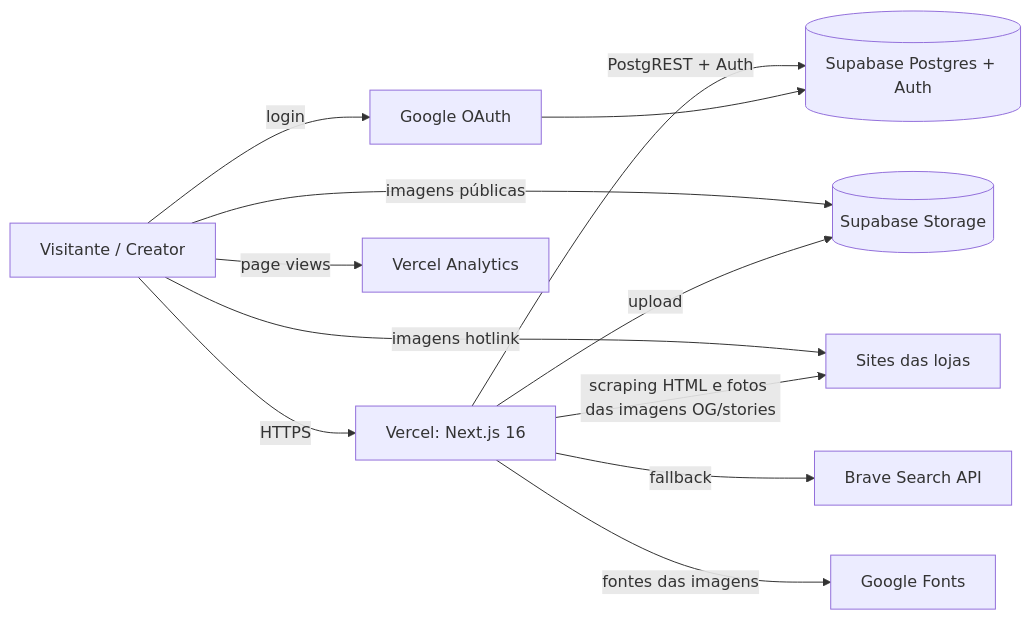
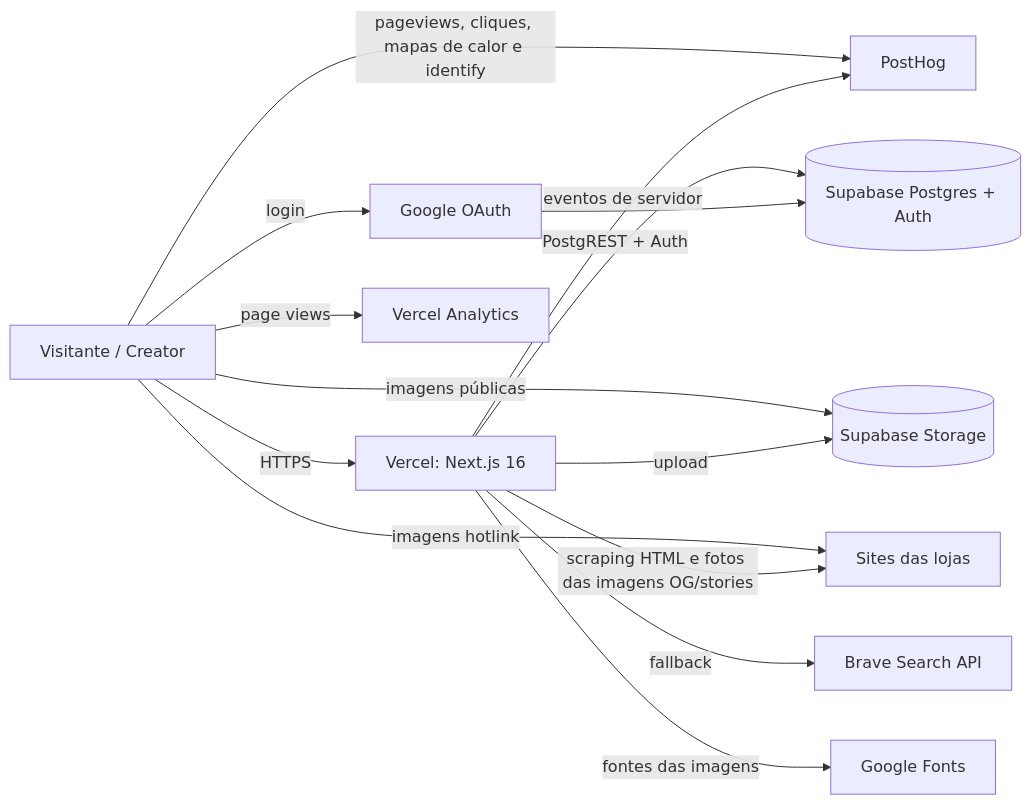
The sixth of 7 diagrams in docs/architecture.md (estevaons/myvitri), drawn with Mermaid before and after one commit. The commit also changed other lines of this file and 33 other files, not shown here.

First line of the commit message:
feat: onboarding pós-cadastro e analytics com PostHog

````diff
--- a/docs/architecture.md
+++ b/docs/architecture.md
@@ -470,14 +540,16 @@
 ```mermaid
 graph LR
     U[Visitante / Creator] -->|HTTPS| V["Vercel: Next.js 16"]
     U -->|imagens públicas| ST[(Supabase Storage)]
     U -->|imagens hotlink| L[Sites das lojas]
     U -->|login| G[Google OAuth]
     U -->|page views| VA[Vercel Analytics]
+    U -->|pageviews, cliques, mapas de calor e identify| PH[PostHog]
+    V -->|eventos de servidor| PH
     V -->|PostgREST + Auth| SB[(Supabase Postgres + Auth)]
     V -->|upload| ST
     V -->|scraping HTML e fotos das imagens OG/stories| L
     V -->|fallback| BR[Brave Search API]
     V -->|fontes das imagens| GF[Google Fonts]
     G --> SB
 ```
````
